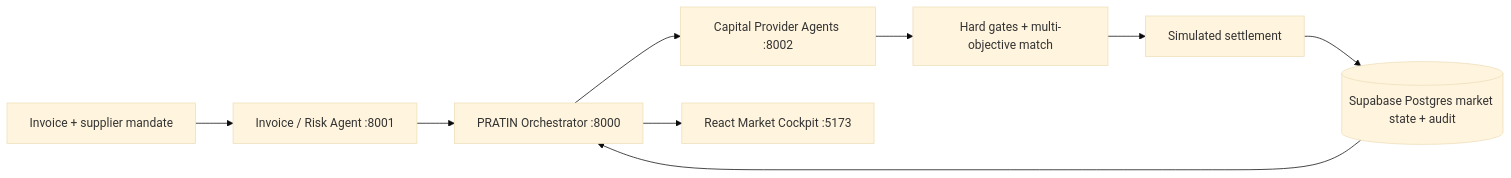
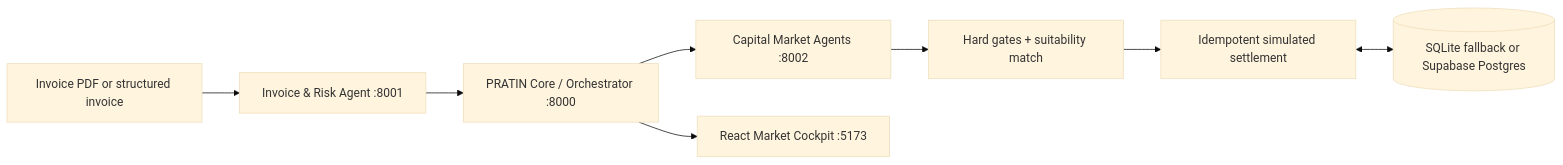
Before and after one commit to pratyushdeosingh/PRATIN: the diagram in README.md, drawn with Mermaid (base theme). The commit also changed other lines of this file, not shown here.

````diff
--- a/README.md
+++ b/README.md
@@ -17,11 +20,10 @@
 ```mermaid
 flowchart LR
-  I[Invoice + supplier mandate] --> R[Invoice / Risk Agent :8001]
-  R --> O[PRATIN Orchestrator :8000]
-  O --> C[Capital Provider Agents :8002]
-  C --> M[Hard gates + multi-objective match]
-  M --> S[Simulated settlement]
-  S --> DB[(Supabase Postgres market state + audit)]
-  DB --> O
+  PDF[Invoice PDF or structured invoice] --> R[Invoice & Risk Agent :8001]
+  R --> O[PRATIN Core / Orchestrator :8000]
+  O --> C[Capital Market Agents :8002]
+  C --> M[Hard gates + suitability match]
+  M --> S[Idempotent simulated settlement]
+  S <--> DB[(SQLite fallback or Supabase Postgres)]
   O --> UI[React Market Cockpit :5173]
 ```
````
